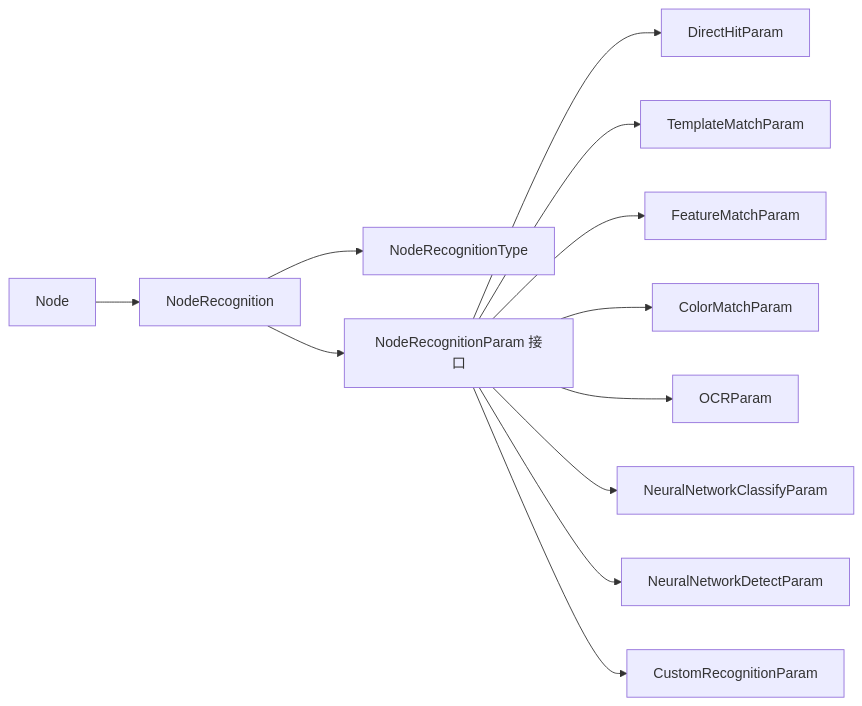
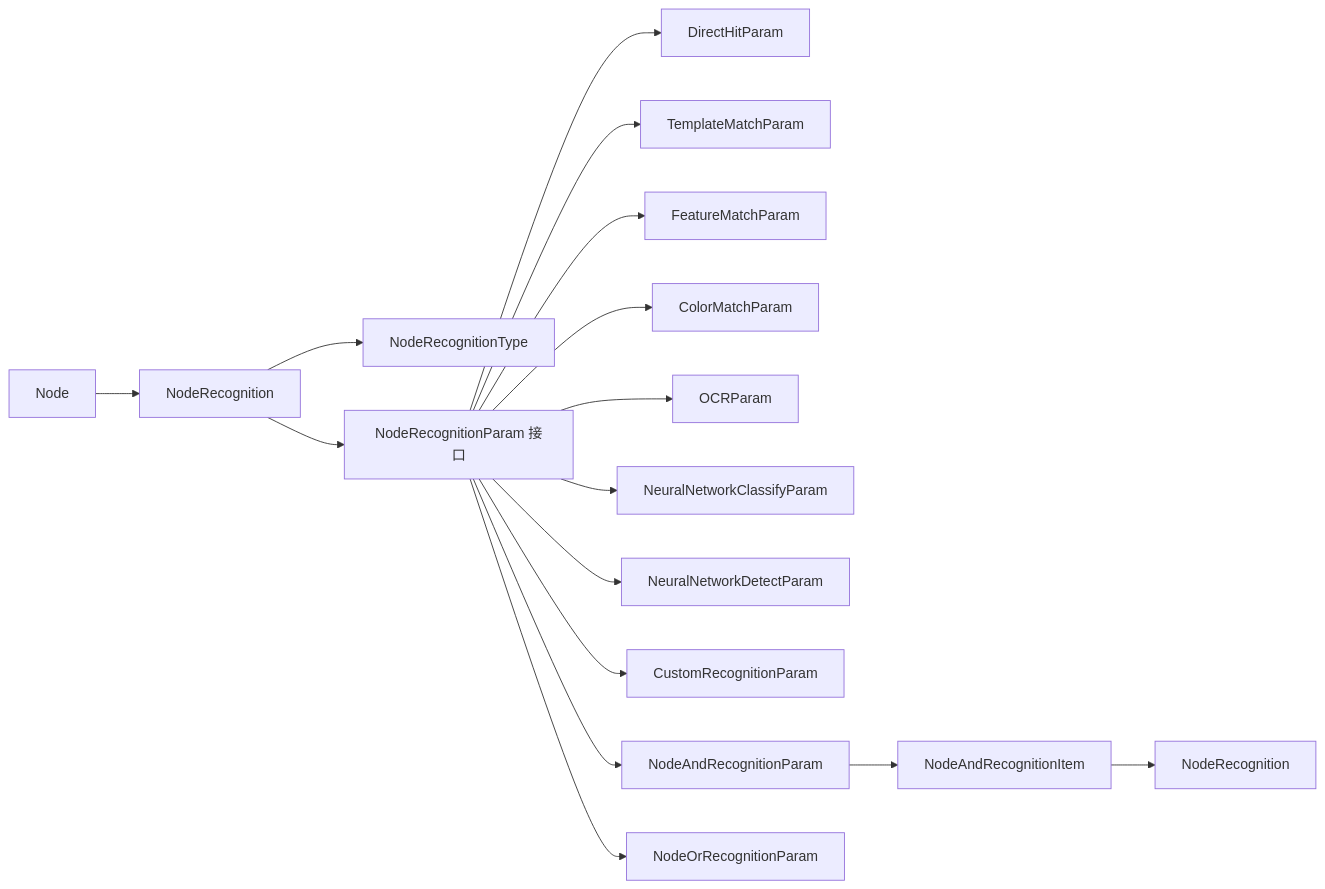
Before and after one commit to kqcoxn/MaaPipelineEditor: the fourth of 4 diagrams in instructions/maafw-golang-binding/高级功能/流水线配置/节点结构详解/识别配置详解/识别配置详解.md, drawn with Mermaid. The commit also changed other lines of this file and 7 other files, not shown here.

````diff
--- a/instructions/maafw-golang-binding/高级功能/流水线配置/节点结构详解/识别配置详解/识别配置详解.md
+++ b/instructions/maafw-golang-binding/高级功能/流水线配置/节点结构详解/识别配置详解/识别配置详解.md
@@ -316,14 +372,18 @@
 ```mermaid
 graph LR
 N["Node"] --> R["NodeRecognition"]
 R --> T["NodeRecognitionType"]
 R --> P["NodeRecognitionParam 接口"]
 P --> D["DirectHitParam"]
 P --> TM["TemplateMatchParam"]
 P --> FM["FeatureMatchParam"]
 P --> CM["ColorMatchParam"]
 P --> OCR["OCRParam"]
 P --> NC["NeuralNetworkClassifyParam"]
 P --> ND["NeuralNetworkDetectParam"]
 P --> C["CustomRecognitionParam"]
+P --> AND["NodeAndRecognitionParam"]
+P --> OR["NodeOrRecognitionParam"]
+AND --> AI["NodeAndRecognitionItem"]
+AI --> NR["NodeRecognition"]
 ```
````
